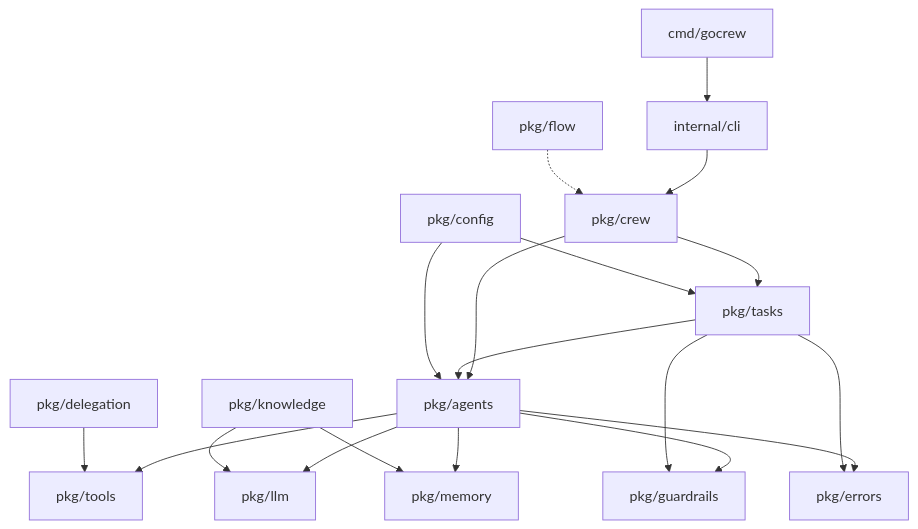
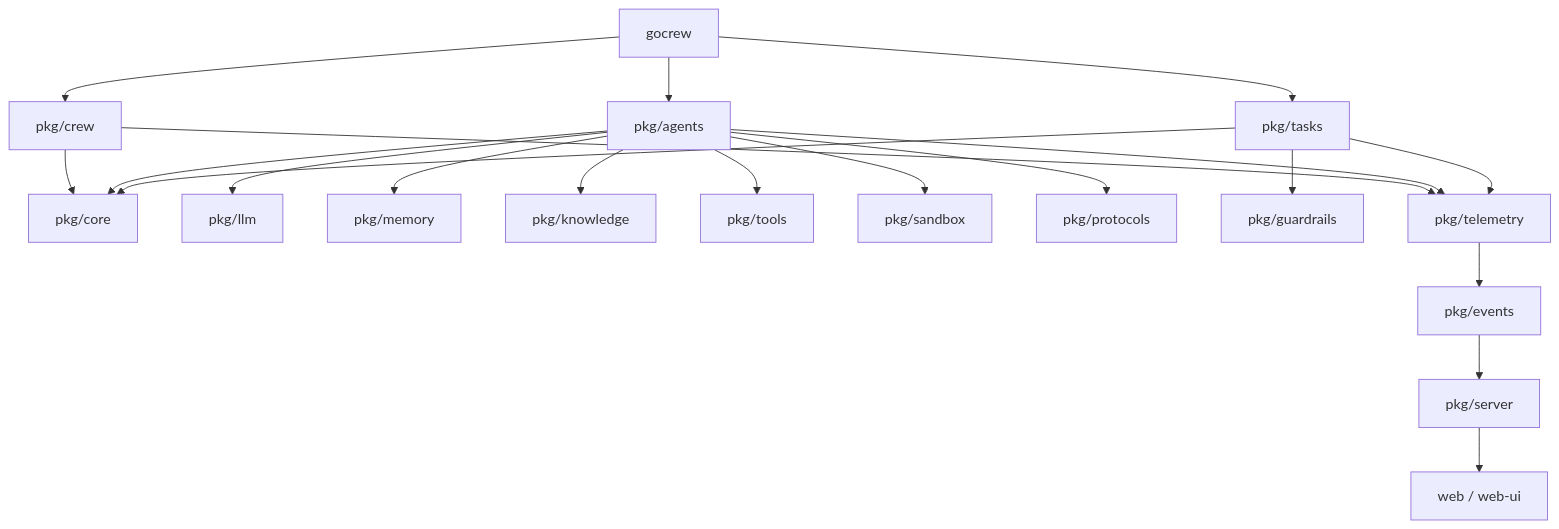
Before and after one commit to Ecook14/gocrewwai: the first of 3 diagrams in ARCHITECTURE.md, drawn with Mermaid. The commit also changed other lines of this file and 46 other files, not shown here.

Commit message:
feat: initialize core framework architecture, event system, and comprehensive documentation for Gocrewwai

````diff
--- a/ARCHITECTURE.md
+++ b/ARCHITECTURE.md
@@ -33,21 +35,27 @@
 ```mermaid
 graph TD
-    A[cmd/gocrew] --> B[internal/cli]
-    B --> C[pkg/crew]
-    C --> D[pkg/agents]
-    C --> E[pkg/tasks]
-    D --> F[pkg/llm]
-    D --> G[pkg/tools]
-    D --> H[pkg/memory]
-    D --> I[pkg/guardrails]
-    D --> J[pkg/errors]
-    E --> D
-    E --> I
-    E --> J
-    K[pkg/delegation] --> G
-    L[pkg/flow] -.-> C
-    M[pkg/knowledge] --> H
-    M --> F
-    N[pkg/config] --> D
-    N --> E
+    SDK[gocrew] --> pkg/crew
+    SDK --> pkg/agents
+    SDK --> pkg/tasks
+
+    pkg/crew --> pkg/core
+    pkg/agents --> pkg/core
+    pkg/tasks --> pkg/core
+
+    pkg/agents --> pkg/llm
+    pkg/agents --> pkg/memory
+    pkg/agents --> pkg/knowledge
+    pkg/agents --> pkg/tools
+    pkg/agents --> pkg/sandbox
+    pkg/agents --> pkg/protocols
+
+    pkg/tasks --> pkg/guardrails
+
+    pkg/crew --> pkg/telemetry
+    pkg/agents --> pkg/telemetry
+    pkg/tasks --> pkg/telemetry
+
+    pkg/telemetry --> pkg/events
+    pkg/events --> pkg/server
+    pkg/server --> WebUI[web / web-ui]
 ```
````
